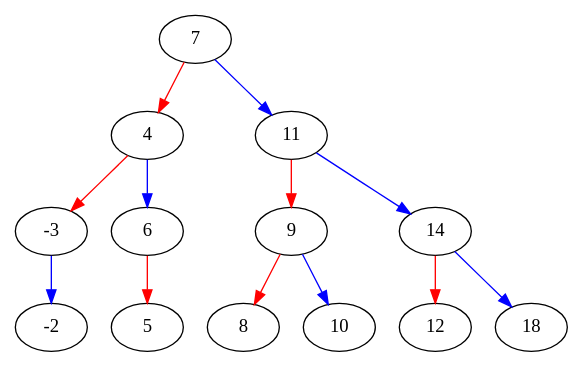
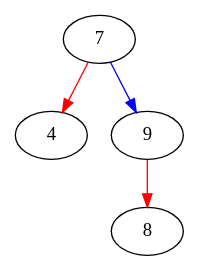
The diagram in group1/Sorted Binary tree/viztree.dot (NickGeorgiev/sdp-kn-20-21-playground), drawn with Graphviz before and after one commit. The commit also changed 4 other files, not shown here.

```diff
--- a/group1/Sorted Binary tree/viztree.dot
+++ b/group1/Sorted Binary tree/viztree.dot
@@ -1,27 +1,9 @@
 digraph G{
-15757536[label="-3"]
-15757536->15757608[color=blue];
-15757608[label="-2"]
-15734448[label="4"]
-15734448->15757536[color=red];
-15734448->15757512[color=blue];
-15757656[label="5"]
-15757512[label="6"]
-15757512->15757656[color=red];
-15734424[label="7"]
-15734424->15734448[color=red];
-15734424->15757488[color=blue];
-15757464[label="8"]
-15734472[label="9"]
-15734472->15757464[color=red];
-15734472->15757584[color=blue];
-15757584[label="10"]
-15757488[label="11"]
-15757488->15734472[color=red];
-15757488->15757560[color=blue];
-15757680[label="12"]
-15757560[label="14"]
-15757560->15757680[color=red];
-15757560->15757632[color=blue];
-15757632[label="18"]
+7827552[label="4"]
+7827528[label="7"]
+7827528->7827552[color=red];
+7827528->7827576[color=blue];
+7827600[label="8"]
+7827576[label="9"]
+7827576->7827600[color=red];
 }
```
